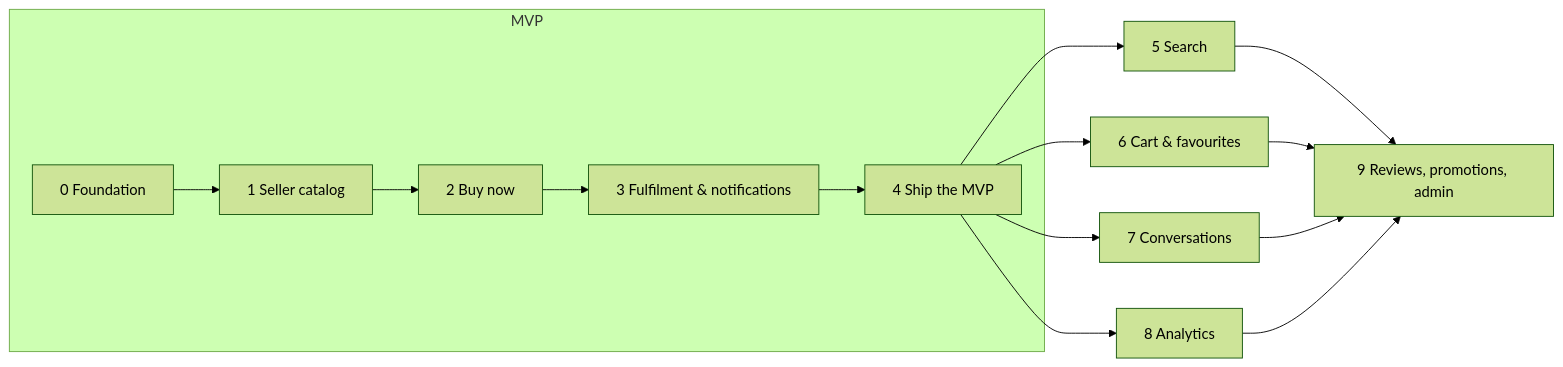
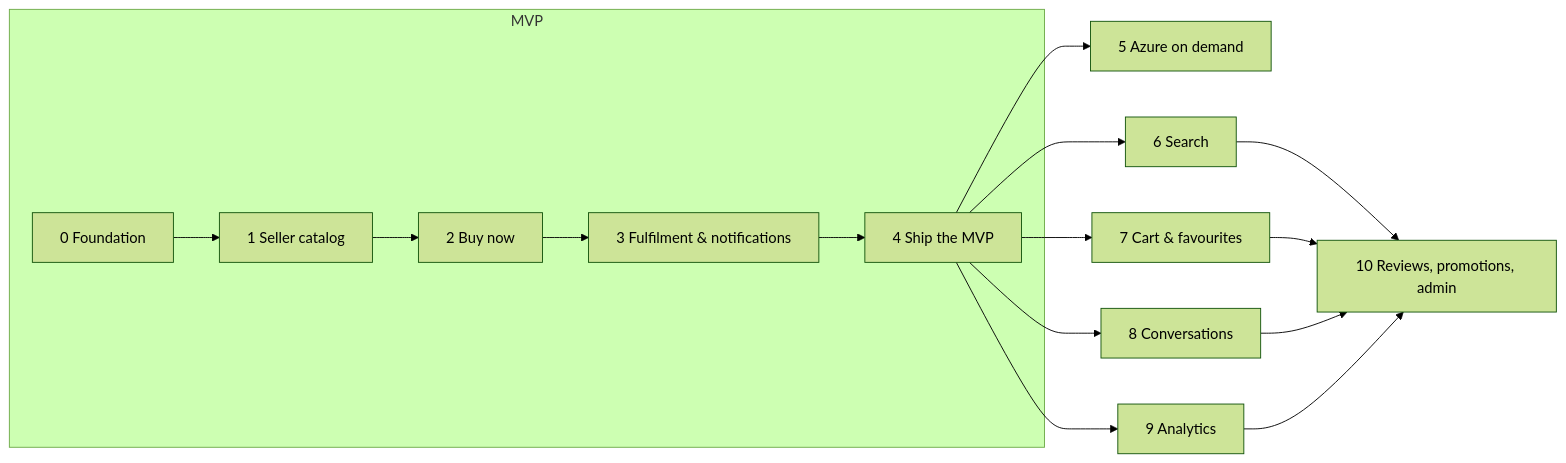
Before and after one commit to nick4real/MarketCustoms: the diagram in docs/development_plan/ROADMAP.md, drawn with Mermaid (forest theme). The commit also changed other lines of this file and 1 other file, not shown here.

First line of the commit message:
docs: add on-demand Azure phase to roadmap

````diff
--- a/docs/development_plan/ROADMAP.md
+++ b/docs/development_plan/ROADMAP.md
@@ -70,14 +86,15 @@
 ```mermaid
 flowchart LR
   subgraph MVP
     p0[0 Foundation] --> p1[1 Seller catalog] --> p2[2 Buy now] --> p3[3 Fulfilment & notifications] --> p4[4 Ship the MVP]
   end
-  p4 --> p5[5 Search]
-  p4 --> p6[6 Cart & favourites]
-  p4 --> p7[7 Conversations]
-  p4 --> p8[8 Analytics]
-  p5 --> p9[9 Reviews, promotions, admin]
-  p6 --> p9
-  p7 --> p9
-  p8 --> p9
+  p4 --> p5[5 Azure on demand]
+  p4 --> p6[6 Search]
+  p4 --> p7[7 Cart & favourites]
+  p4 --> p8[8 Conversations]
+  p4 --> p9[9 Analytics]
+  p6 --> p10[10 Reviews, promotions, admin]
+  p7 --> p10
+  p8 --> p10
+  p9 --> p10
 ```
````
